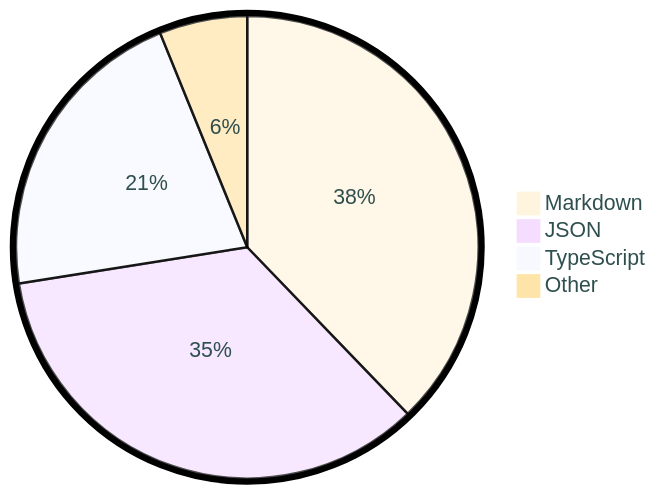
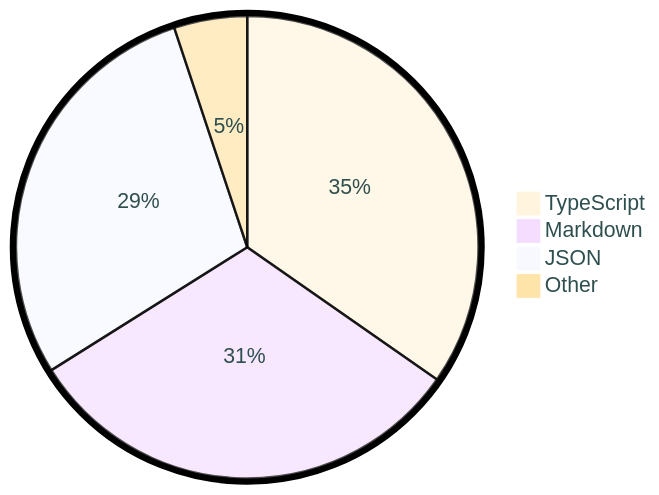
Before and after one commit to tot0p/tot0p: the diagram in README.md, drawn with Mermaid. The commit also changed other lines of this file, not shown here.

````diff
--- a/README.md
+++ b/README.md
@@ -117,8 +117,8 @@
 ```mermaid
 %%{init: {"pie": {"textPosition": 0.5}, "themeVariables": {"pieOuterStrokeWidth": "5px","primaryTextColor" : "#2F4F4F"},"theme":"base"} }%%
 pie
-	"Markdown": 37.8
-	"JSON": 34.69
-	"TypeScript": 21.36
-	"Other": 6.15
+	"TypeScript": 34.69
+	"Markdown": 31.39
+	"JSON": 28.81
+	"Other": 5.11
 ```
````
